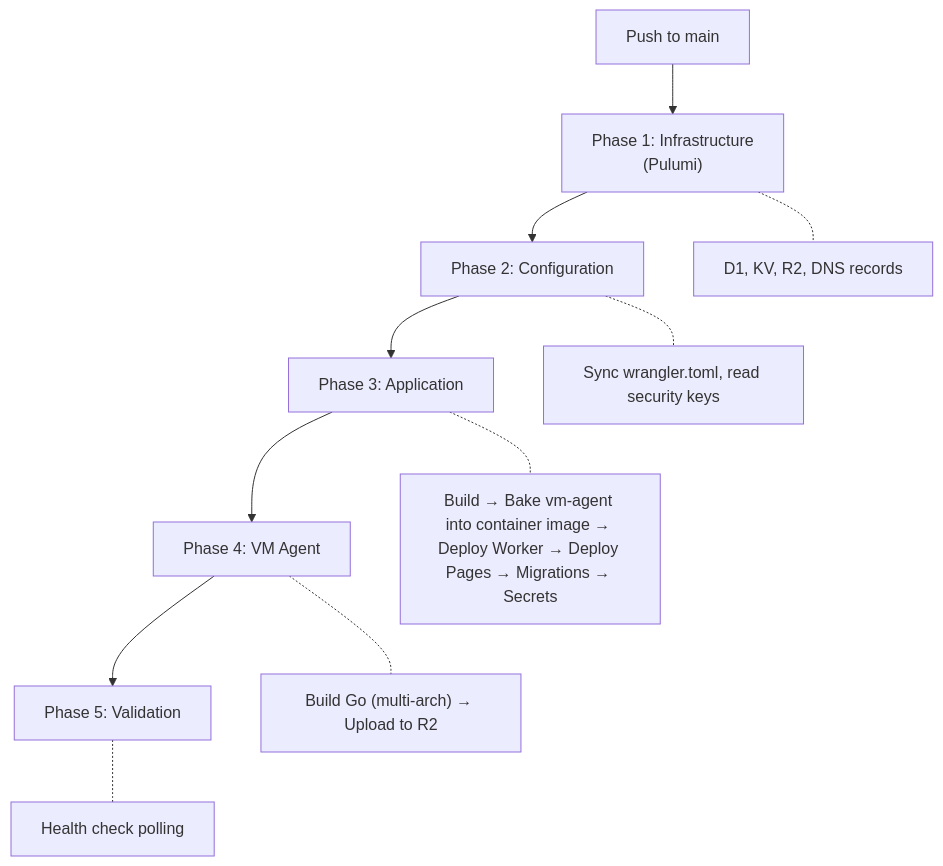
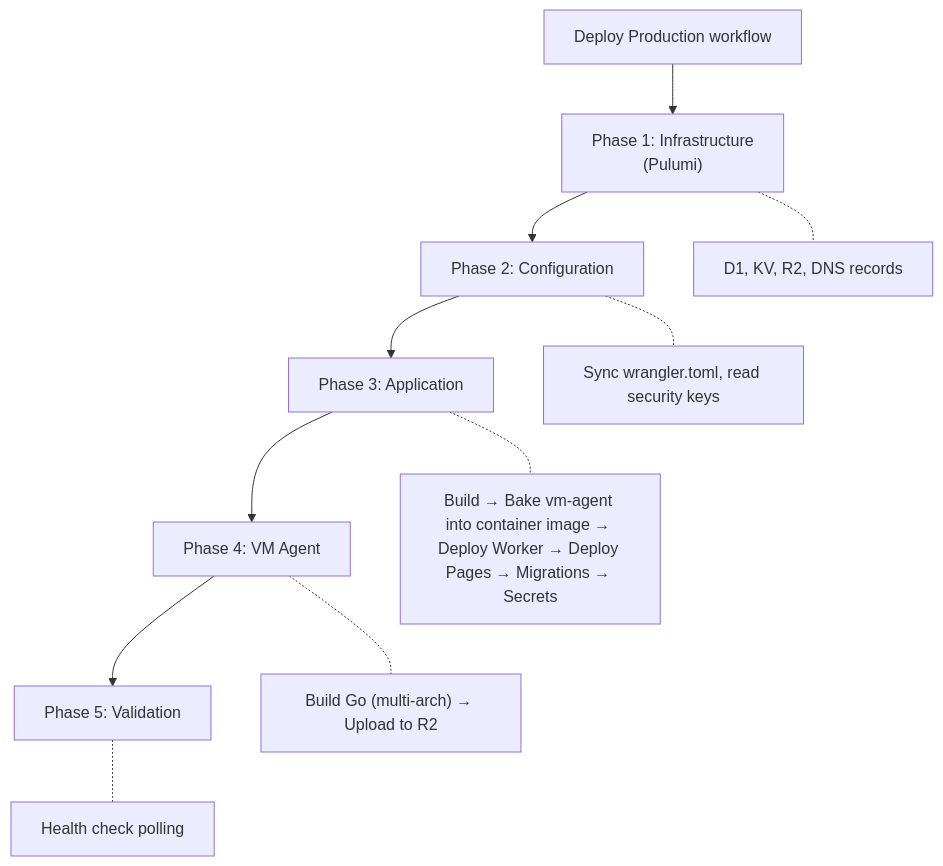
One commit to raphaeltm/simple-agent-manager changed the fifth of 5 diagrams in apps/www/src/content/docs/docs/architecture/overview.md. Above: the diagram before and after it, drawn with Mermaid. The commit also changed other lines of this file and 9 other files, not shown here.

````diff
--- a/apps/www/src/content/docs/docs/architecture/overview.md
+++ b/apps/www/src/content/docs/docs/architecture/overview.md
@@ -274,14 +274,14 @@
 ```mermaid
 graph TD
-    PUSH["Push to main"] --> P1
+    TRIGGER["Deploy Production workflow"] --> P1
     P1["Phase 1: Infrastructure<br/>(Pulumi)"] --> P2
     P1 -.- P1D["D1, KV, R2, DNS records"]
     P2["Phase 2: Configuration"] --> P3
     P2 -.- P2D["Sync wrangler.toml, read security keys"]
     P3["Phase 3: Application"] --> P4
     P3 -.- P3D["Build → Bake vm-agent into container image → Deploy Worker → Deploy Pages → Migrations → Secrets"]
     P4["Phase 4: VM Agent"] --> P5
     P4 -.- P4D["Build Go (multi-arch) → Upload to R2"]
     P5["Phase 5: Validation"]
     P5 -.- P5D["Health check polling"]
 ```
````
